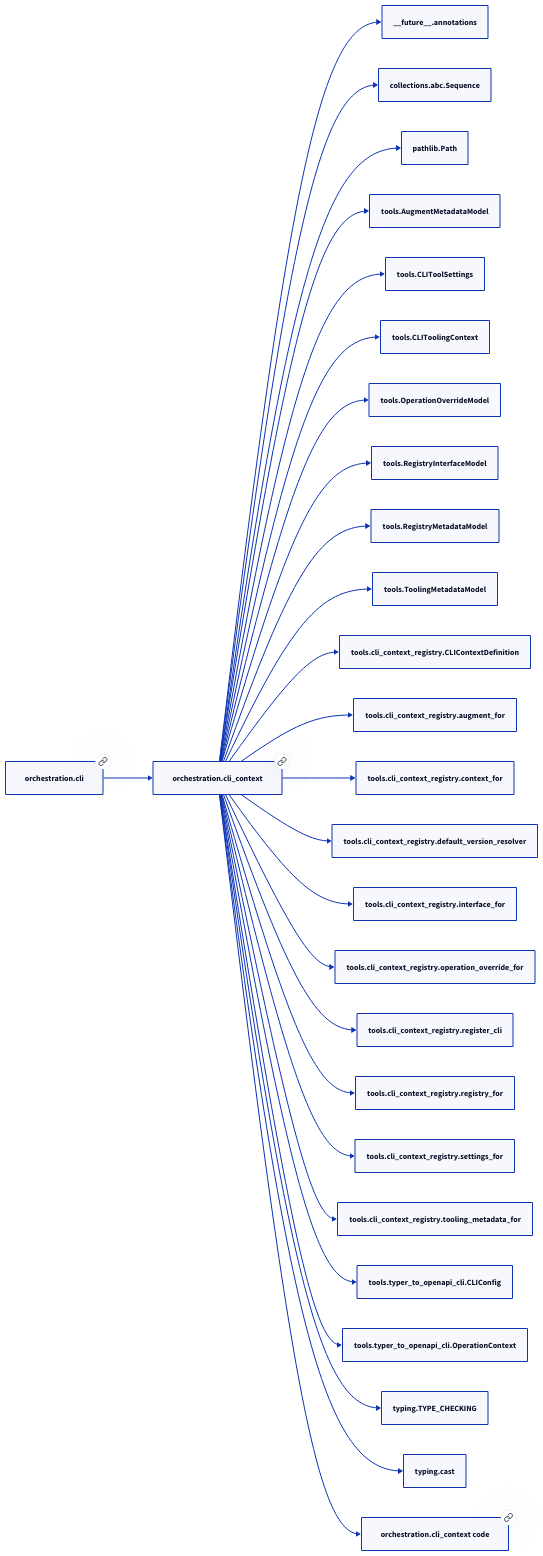
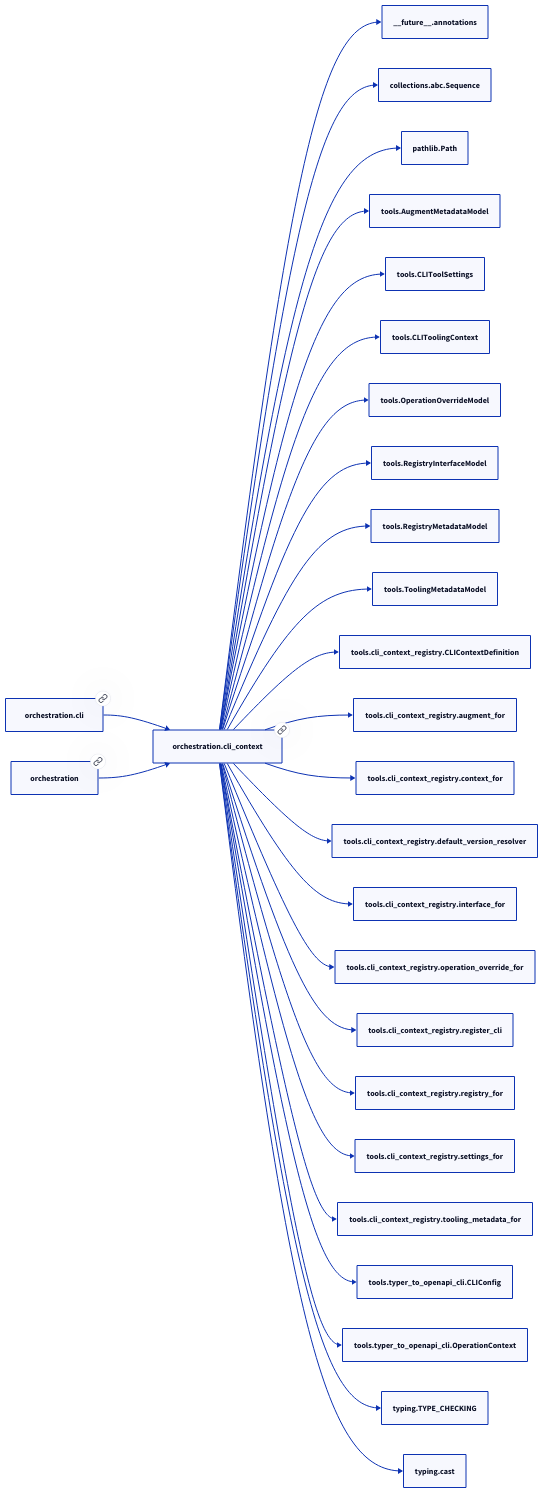
Before and after one commit to paul-heyse/kgforge: the diagram in docs/modules/orchestration/cli_context.md, drawn with D2. The commit also changed other lines of this file and 208 other files, not shown here.

````diff
--- a/docs/modules/orchestration/cli_context.md
+++ b/docs/modules/orchestration/cli_context.md
@@ -65,56 +69,56 @@
 ```d2
 direction: right
-"orchestration.cli_context": "orchestration.cli_context" { link: "./orchestration/cli_context.md" }
+"orchestration.cli_context": "orchestration.cli_context" { link: "https://github.com/paul-heyse/kgfoundry/blob/main/src/orchestration/cli_context.py" }
 "__future__.annotations": "__future__.annotations"
 "orchestration.cli_context" -> "__future__.annotations"
 "collections.abc.Sequence": "collections.abc.Sequence"
 "orchestration.cli_context" -> "collections.abc.Sequence"
 "pathlib.Path": "pathlib.Path"
 "orchestration.cli_context" -> "pathlib.Path"
 "tools.AugmentMetadataModel": "tools.AugmentMetadataModel"
 "orchestration.cli_context" -> "tools.AugmentMetadataModel"
 "tools.CLIToolSettings": "tools.CLIToolSettings"
 "orchestration.cli_context" -> "tools.CLIToolSettings"
 "tools.CLIToolingContext": "tools.CLIToolingContext"
 "orchestration.cli_context" -> "tools.CLIToolingContext"
 "tools.OperationOverrideModel": "tools.OperationOverrideModel"
 "orchestration.cli_context" -> "tools.OperationOverrideModel"
 "tools.RegistryInterfaceModel": "tools.RegistryInterfaceModel"
 "orchestration.cli_context" -> "tools.RegistryInterfaceModel"
 "tools.RegistryMetadataModel": "tools.RegistryMetadataModel"
 "orchestration.cli_context" -> "tools.RegistryMetadataModel"
 "tools.ToolingMetadataModel": "tools.ToolingMetadataModel"
 "orchestration.cli_context" -> "tools.ToolingMetadataModel"
 "tools.cli_context_registry.CLIContextDefinition": "tools.cli_context_registry.CLIContextDefinition"
 "orchestration.cli_context" -> "tools.cli_context_registry.CLIContextDefinition"
 "tools.cli_context_registry.augment_for": "tools.cli_context_registry.augment_for"
 "orchestration.cli_context" -> "tools.cli_context_registry.augment_for"
 "tools.cli_context_registry.context_for": "tools.cli_context_registry.context_for"
 "orchestration.cli_context" -> "tools.cli_context_registry.context_for"
 "tools.cli_context_registry.default_version_resolver": "tools.cli_context_registry.default_version_resolver"
 "orchestration.cli_context" -> "tools.cli_context_registry.default_version_resolver"
 "tools.cli_context_registry.interface_for": "tools.cli_context_registry.interface_for"
 "orchestration.cli_context" -> "tools.cli_context_registry.interface_for"
 "tools.cli_context_registry.operation_override_for": "tools.cli_context_registry.operation_override_for"
 "orchestration.cli_context" -> "tools.cli_context_registry.operation_override_for"
 "tools.cli_context_registry.register_cli": "tools.cli_context_registry.register_cli"
 "orchestration.cli_context" -> "tools.cli_context_registry.register_cli"
 "tools.cli_context_registry.registry_for": "tools.cli_context_registry.registry_for"
 "orchestration.cli_context" -> "tools.cli_context_registry.registry_for"
 "tools.cli_context_registry.settings_for": "tools.cli_context_registry.settings_for"
 "orchestration.cli_context" -> "tools.cli_context_registry.settings_for"
 "tools.cli_context_registry.tooling_metadata_for": "tools.cli_context_registry.tooling_metadata_for"
 "orchestration.cli_context" -> "tools.cli_context_registry.tooling_metadata_for"
 "tools.typer_to_openapi_cli.CLIConfig": "tools.typer_to_openapi_cli.CLIConfig"
 "orchestration.cli_context" -> "tools.typer_to_openapi_cli.CLIConfig"
 "tools.typer_to_openapi_cli.OperationContext": "tools.typer_to_openapi_cli.OperationContext"
 "orchestration.cli_context" -> "tools.typer_to_openapi_cli.OperationContext"
 "typing.TYPE_CHECKING": "typing.TYPE_CHECKING"
 "orchestration.cli_context" -> "typing.TYPE_CHECKING"
 "typing.cast": "typing.cast"
 "orchestration.cli_context" -> "typing.cast"
-"orchestration.cli": "orchestration.cli" { link: "./orchestration/cli.md" }
+"orchestration.cli": "orchestration.cli" { link: "https://github.com/paul-heyse/kgfoundry/blob/main/src/orchestration/cli.py" }
 "orchestration.cli" -> "orchestration.cli_context"
-"orchestration.cli_context_code": "orchestration.cli_context code" { link: "https://github.com/kgfoundry/kgfoundry/blob/main/src/orchestration/cli_context.py" }
-"orchestration.cli_context" -> "orchestration.cli_context_code" { style: dashed }
+"orchestration": "orchestration" { link: "https://github.com/paul-heyse/kgfoundry/blob/main/src/orchestration/__init__.py" }
+"orchestration" -> "orchestration.cli_context" { style: dashed }
 ```
````
